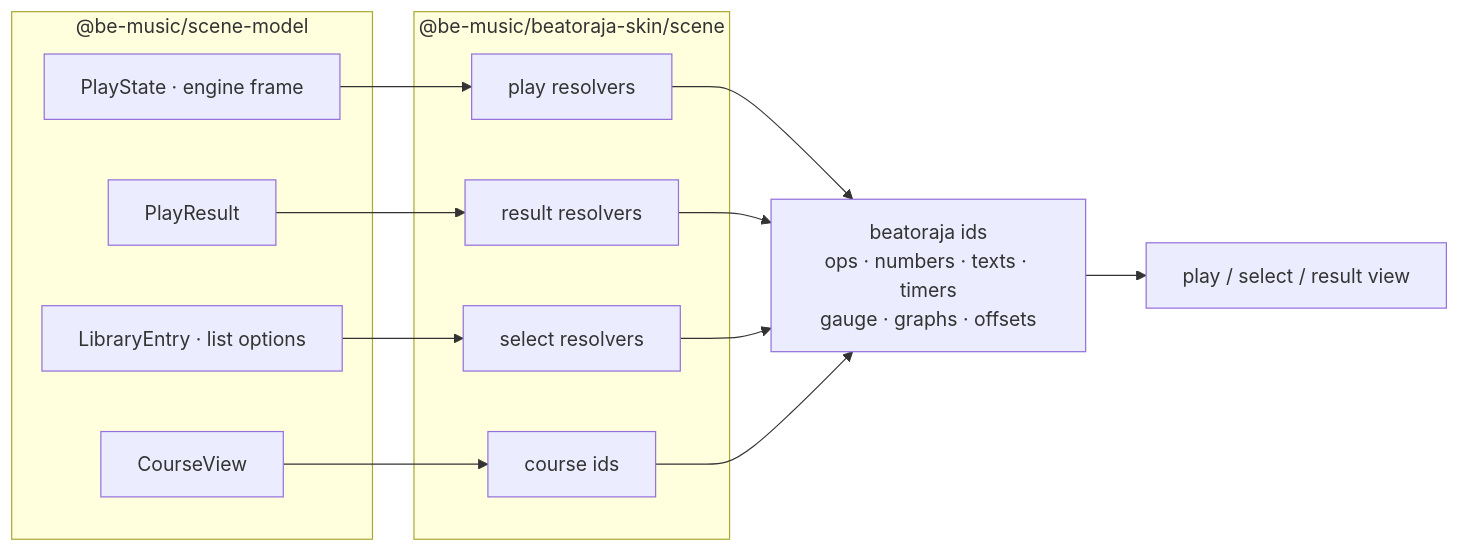
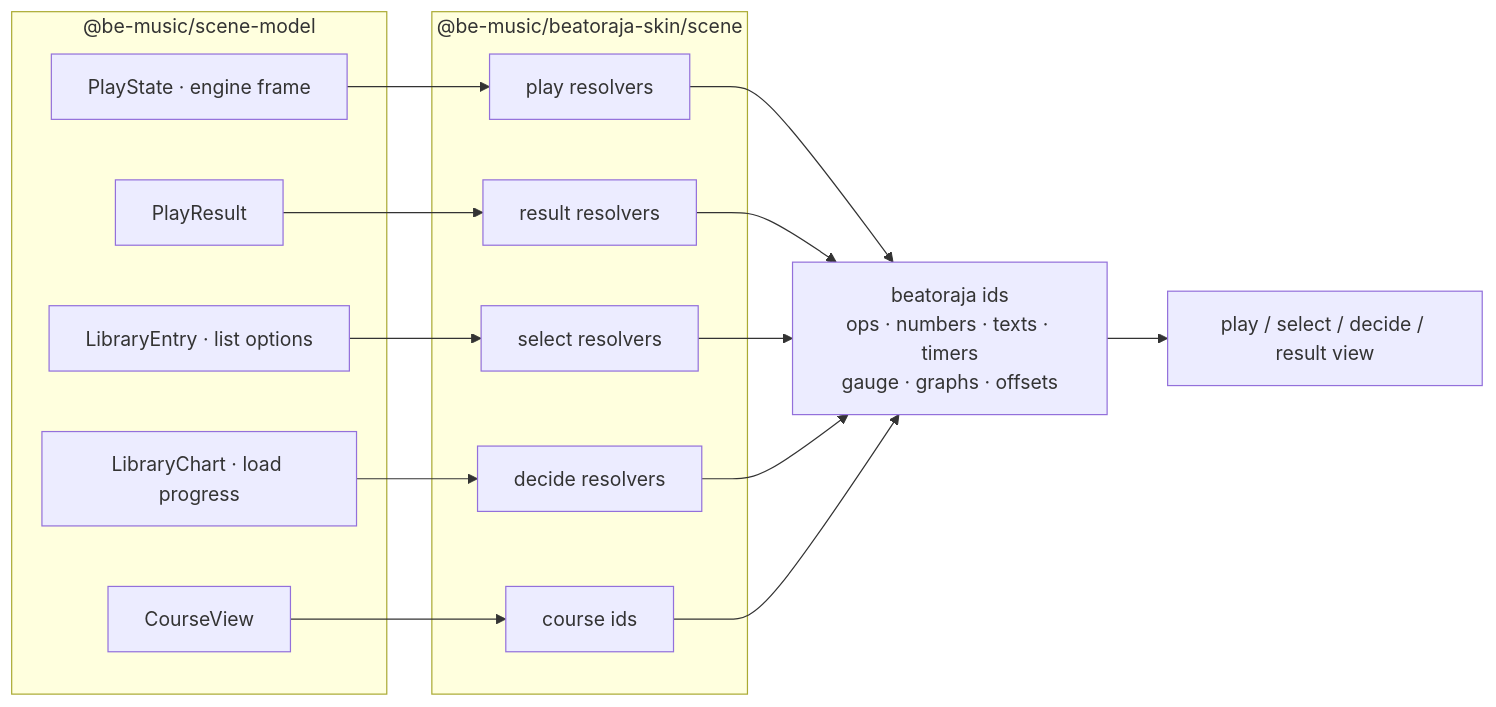
One commit to nulltask/be-music changed the first of 2 diagrams in docs/beatoraja-skin.md. Above: the diagram before and after it, drawn with Mermaid. The commit also changed other lines of this file and 5 other files, not shown here.

Commit message:
docs: describe the beatoraja decide view and add D3 to the P4 migration [ci skip]

````diff
--- a/docs/beatoraja-skin.md
+++ b/docs/beatoraja-skin.md
@@ -129,27 +129,31 @@
 ```mermaid
 flowchart LR
   subgraph models["@be-music/scene-model"]
     play["PlayState · engine frame"]
     result["PlayResult"]
     entry["LibraryEntry · list options"]
+    chart["LibraryChart · load progress"]
     course["CourseView"]
   end
   subgraph mapping["@be-music/beatoraja-skin/scene"]
     playR["play resolvers"]
     resultR["result resolvers"]
     selectR["select resolvers"]
+    decideR["decide resolvers"]
     courseR["course ids"]
   end
   ids["beatoraja ids<br/>ops · numbers · texts · timers<br/>gauge · graphs · offsets"]
-  view["play / select / result view"]
+  view["play / select / decide / result view"]
 
   play --> playR
   result --> resultR
   entry --> selectR
+  chart --> decideR
   course --> courseR
   playR --> ids
   resultR --> ids
   selectR --> ids
+  decideR --> ids
   courseR --> ids
   ids --> view
 ```
````
